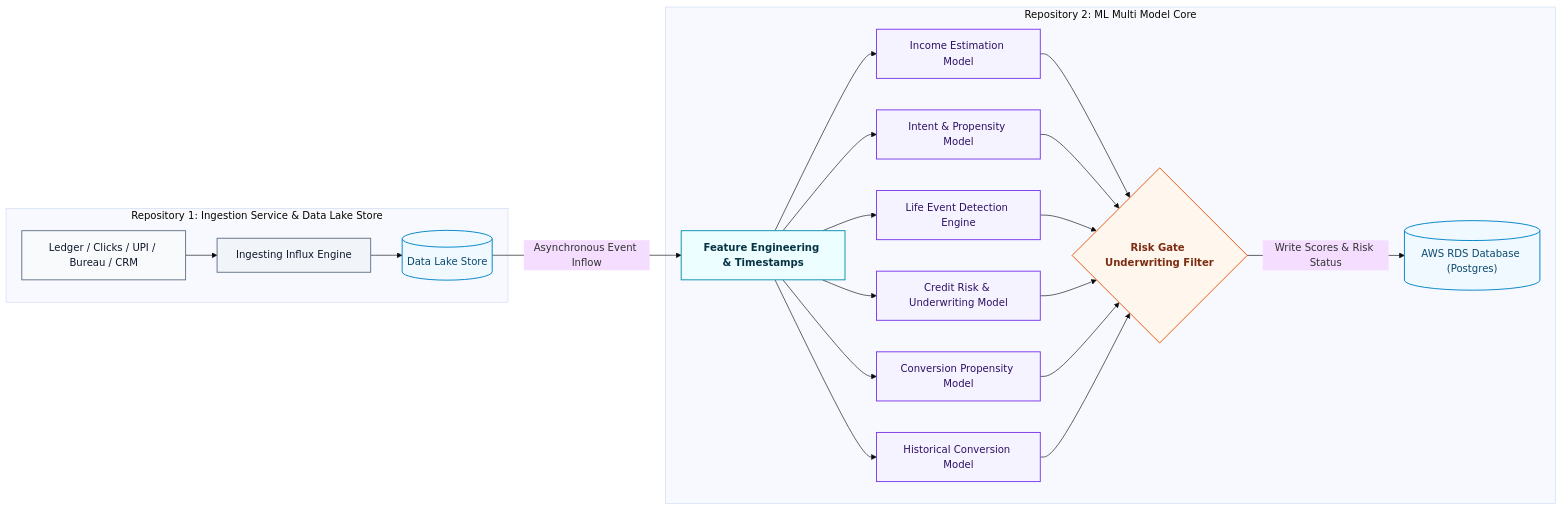
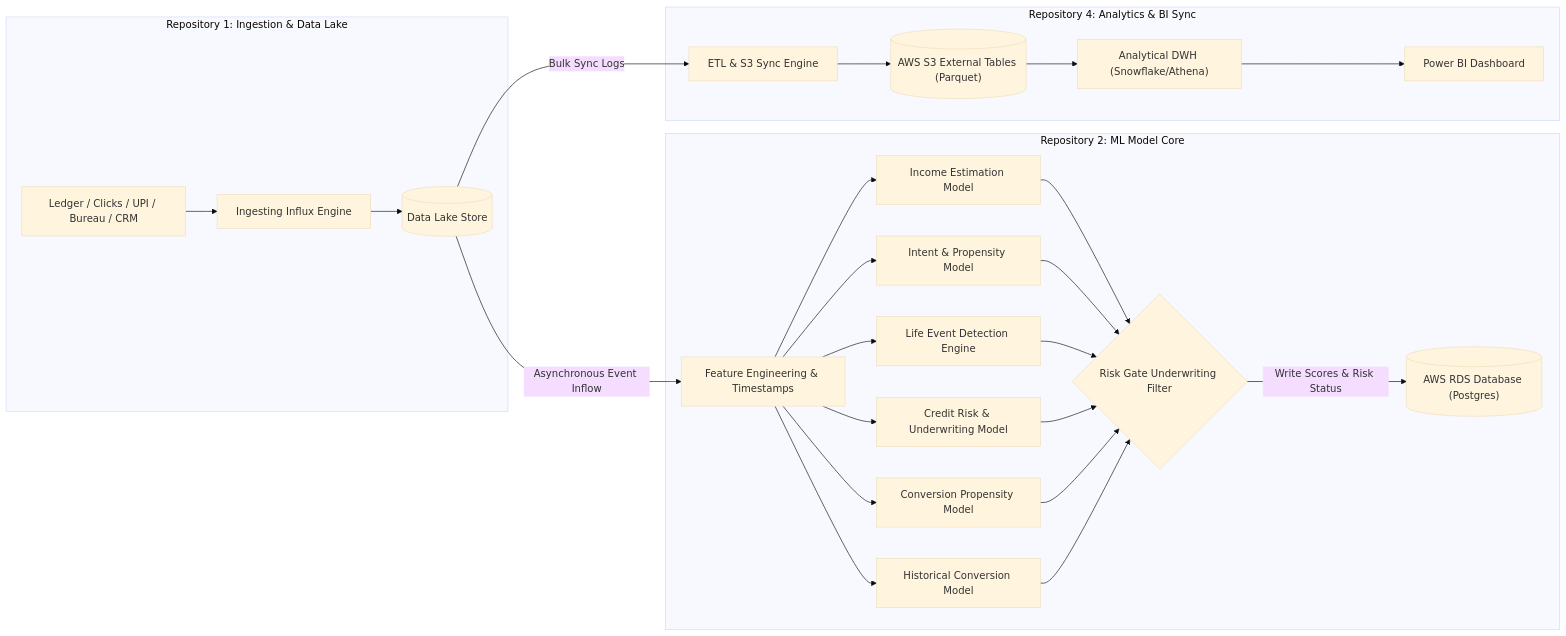
One commit to chiraghs/Alpha-Fin changed the second of 3 diagrams in README.md. Above: the diagram before and after it, drawn with Mermaid (base theme). The commit also changed other lines of this file, not shown here.

Commit message:
feat: Analytics support

````diff
--- a/README.md
+++ b/README.md
@@ -148,55 +131,51 @@
 ```mermaid
 graph LR
-    %% REPOSITORIES 1 & 2: DATA & MODEL PIPELINES (Side-by-Side)
-    subgraph Repo1 ["Repository 1: Ingestion Service & Data Lake Store"]
+    %% REPOSITORIES 1, 2 & 4: DATA, MODEL, & ANALYTICS PIPELINES
+    subgraph Repo1 ["Repository 1: Ingestion & Data Lake"]
         Feeds["Ledger / Clicks / UPI / Bureau / CRM"] --> Ingest["Ingesting Influx Engine"]
         Ingest --> Lake[(Data Lake Store)]
     end
 
-    subgraph Repo2 ["Repository 2: ML Multi Model Core"]
+    subgraph Repo2 ["Repository 2: ML Model Core"]
         FE["Feature Engineering & Timestamps"]
         
         Income["Income Estimation Model"]
         Intent["Intent & Propensity Model"]
         LifeEvents["Life Event Detection Engine"]
         RiskModel["Credit Risk & Underwriting Model"]
         Conversion["Conversion Propensity Model"]
         History["Historical Conversion Model"]
         
-        %% Feature Engineering branches out to each model
         FE --> Income
         FE --> Intent
         FE --> LifeEvents
         FE --> RiskModel
         FE --> Conversion
         FE --> History
         
-        %% Models feed into Risk Underwriting Gate
         Income --> Risk{"Risk Gate Underwriting Filter"}
         Intent --> Risk
         LifeEvents --> Risk
         RiskModel --> Risk
         Conversion --> Risk
         History --> Risk
         
         Risk -->|Write Scores & Risk Status| RDS2[("AWS RDS Database (Postgres)")]
     end
 
-    %% Horizontal Side-by-Side Data Flow (Single entry point into Repo 2)
+    subgraph Repo4 ["Repository 4: Analytics & BI Sync"]
+        Sync["ETL & S3 Sync Engine"]
+        S3[("AWS S3 External Tables (Parquet)")]
+        DWH["Analytical DWH (Snowflake/Athena)"]
+        BI["Power BI Dashboard"]
+        
+        Sync --> S3
+        S3 --> DWH
+        DWH --> BI
+    end
+
+    %% Data Flows
     Lake -->|Asynchronous Event Inflow| FE
+    Lake -->|Bulk Sync Logs| Sync
 
-    %% Beautiful Professional Slate & Pastel Styling Definitions
-    classDef source fill:#f8fafc,stroke:#64748b,stroke-width:1.5px,color:#0f172a;
-    classDef server fill:#ecfeff,stroke:#0891b2,stroke-width:1.5px,color:#083344,font-weight:bold;
-    classDef database fill:#f0f9ff,stroke:#0284c7,stroke-width:1.5px,color:#0c4a6e;
-    classDef model fill:#f5f3ff,stroke:#7c3aed,stroke-width:1.5px,color:#2e1065;
-    classDef filter fill:#fff7ed,stroke:#ea580c,stroke-width:1.5px,color:#7c2d12,font-weight:bold;
-    classDef gateway fill:#f1f5f9,stroke:#64748b,stroke-width:1.5px,color:#0f172a;
-
-    class Feeds source;
-    class Ingest gateway;
-    class Lake,RDS2 database;
-    class FE server;
-    class Income,Intent,LifeEvents,RiskModel,Conversion,History model;
-    class Risk filter;
 ```
````
